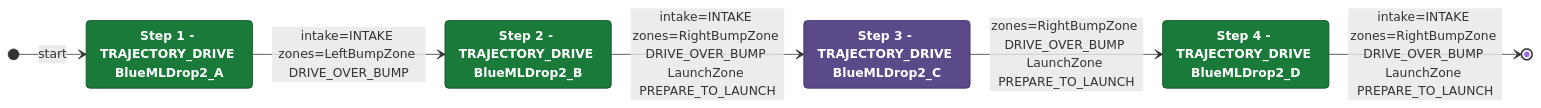
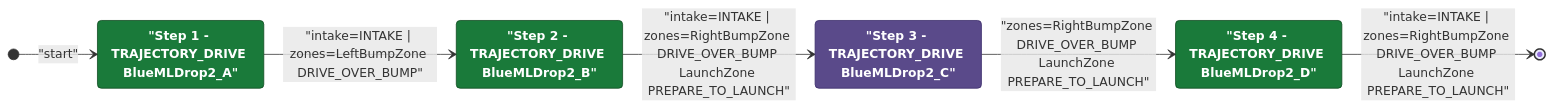
One commit to Team302/2026Rebuilt changed the diagram in documents/auton/BlueBDepDrop2NDepNOutScoreNCli.md. Above: the diagram before and after it, drawn with Mermaid. The commit also changed 242 other files, not shown here.

Commit message:
Regenerated diagrams with fixed red

````diff
--- a/documents/auton/BlueBDepDrop2NDepNOutScoreNCli.md
+++ b/documents/auton/BlueBDepDrop2NDepNOutScoreNCli.md
@@ -8,24 +8,24 @@
 ```mermaid
 stateDiagram-v2
     direction LR
 
     %% Green = intake active, Purple = intake off
     classDef intake  fill:#1a7a3a,color:#ffffff,stroke:#0d4a1f,font-weight:bold
     classDef noIntake fill:#5a4a8a,color:#ffffff,stroke:#3a2a6a,font-weight:bold
 
-    Step1 : Step 1 - TRAJECTORY_DRIVE BlueMLDrop2_A
-    Step2 : Step 2 - TRAJECTORY_DRIVE BlueMLDrop2_B
-    Step3 : Step 3 - TRAJECTORY_DRIVE BlueMLDrop2_C
-    Step4 : Step 4 - TRAJECTORY_DRIVE BlueMLDrop2_D
+    Step1 : "Step 1 - TRAJECTORY_DRIVE BlueMLDrop2_A"
+    Step2 : "Step 2 - TRAJECTORY_DRIVE BlueMLDrop2_B"
+    Step3 : "Step 3 - TRAJECTORY_DRIVE BlueMLDrop2_C"
+    Step4 : "Step 4 - TRAJECTORY_DRIVE BlueMLDrop2_D"
 
     class Step1 intake
     class Step2 intake
     class Step3 noIntake
     class Step4 intake
 
-    [*] --> Step1 : start
-    Step1 --> Step2: intake=INTAKE zones=LeftBumpZone DRIVE_OVER_BUMP
-    Step2 --> Step3: intake=INTAKE zones=RightBumpZone DRIVE_OVER_BUMP LaunchZone PREPARE_TO_LAUNCH
-    Step3 --> Step4: zones=RightBumpZone DRIVE_OVER_BUMP LaunchZone PREPARE_TO_LAUNCH
-    Step4 --> [*]: intake=INTAKE zones=RightBumpZone DRIVE_OVER_BUMP LaunchZone PREPARE_TO_LAUNCH
+    [*] --> Step1 : "start"
+    Step1 --> Step2: "intake=INTAKE | zones=LeftBumpZone DRIVE_OVER_BUMP"
+    Step2 --> Step3: "intake=INTAKE | zones=RightBumpZone DRIVE_OVER_BUMP LaunchZone PREPARE_TO_LAUNCH"
+    Step3 --> Step4: "zones=RightBumpZone DRIVE_OVER_BUMP LaunchZone PREPARE_TO_LAUNCH"
+    Step4 --> [*]: "intake=INTAKE | zones=RightBumpZone DRIVE_OVER_BUMP LaunchZone PREPARE_TO_LAUNCH"
 ```
````
